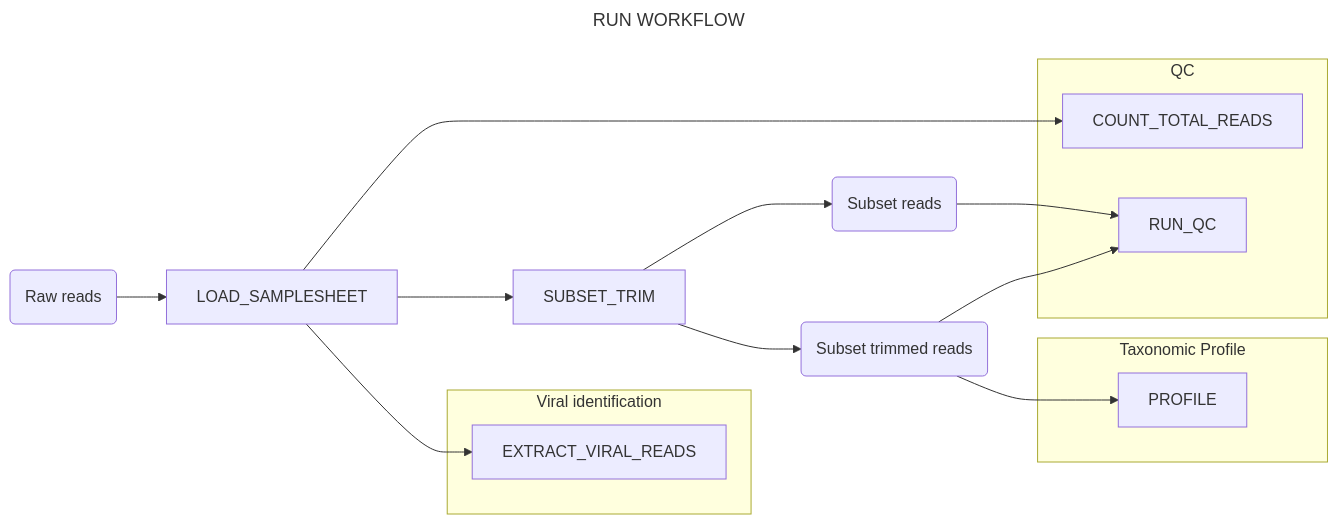
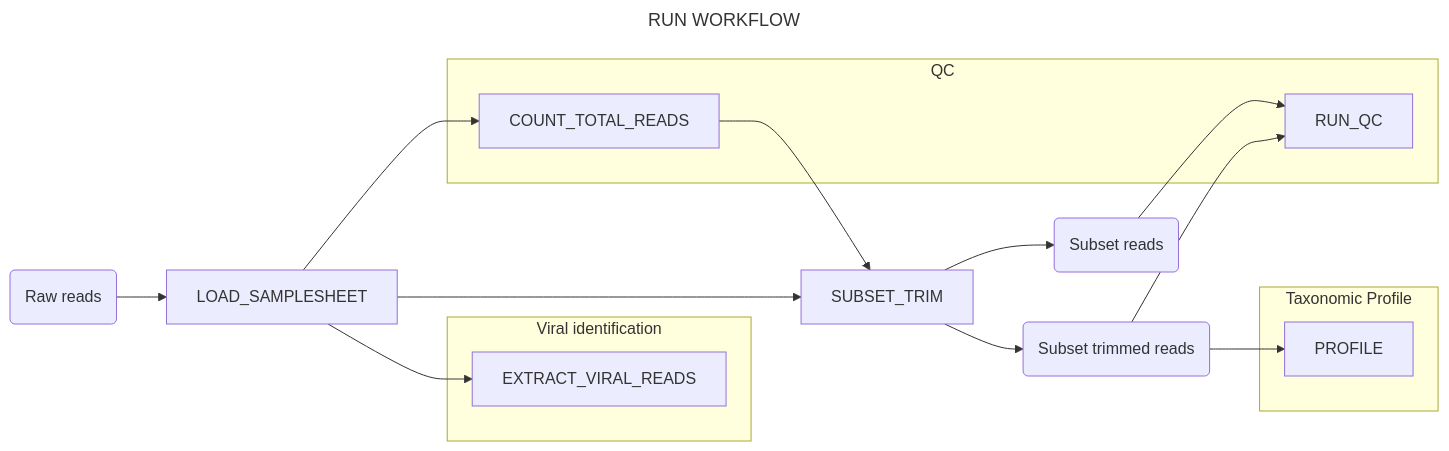
The first of 9 diagrams in docs/run.md (securebio/nao-mgs-workflow), drawn with Mermaid before and after one commit. The commit also changed other lines of this file and 11 other files, not shown here.

````diff
--- a/docs/run.md
+++ b/docs/run.md
@@ -7,26 +7,27 @@
 ```mermaid
 ---
 title: RUN WORKFLOW
 config:
   layout: horizontal
 ---
 flowchart LR
 A(Raw reads) --> B[LOAD_SAMPLESHEET]
 B --> C[COUNT_TOTAL_READS] & E[SUBSET_TRIM]
 B --> D[EXTRACT_VIRAL_READS]
+C --> E
 E --> I(Subset reads)
 E --> J(Subset trimmed reads)
 J --> G[RUN_QC] & H[PROFILE]
 I --> G[RUN_QC]
 %% Adjust layout by placing subgraphs in specific order
 subgraph "Viral identification"
 D
 end
 subgraph "Taxonomic Profile"
 H
 end
 subgraph "QC"
 C
 G
 end
 ```
````
